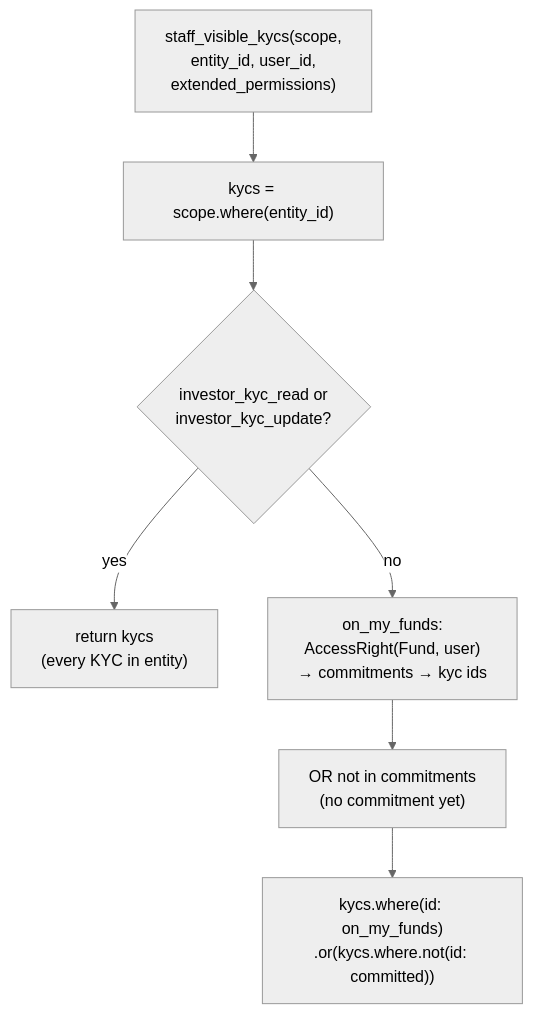
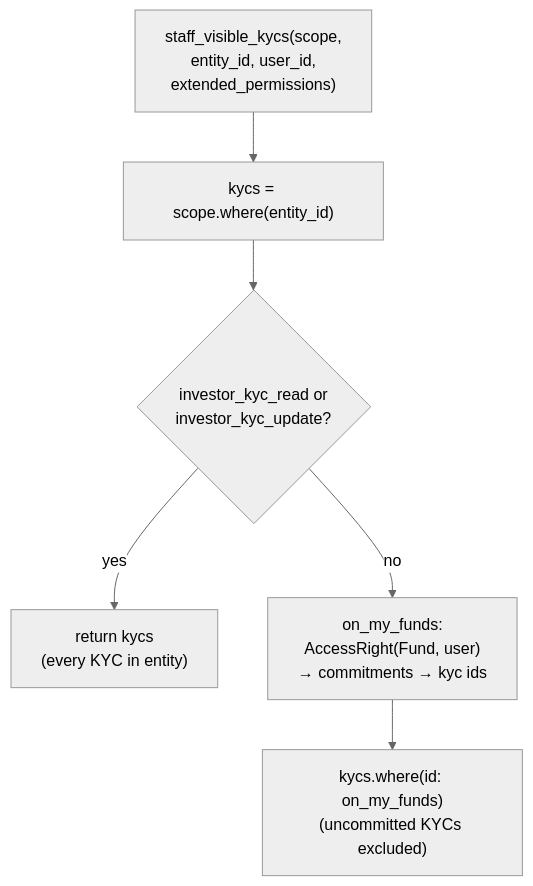
Before and after one commit to sampadadiwan/IRM_CompanyMain: the eighth of 11 diagrams in openspec/changes/kyc-advisor-notification-delivery-fix/design.md, drawn with Mermaid (neutral theme). The commit also changed other lines of this file and 7 other files, not shown here.

First line of the commit message:
KYC visibility: hide uncommitted KYCs from employees without KYC toggles (#1799)

````diff
--- a/openspec/changes/kyc-advisor-notification-delivery-fix/design.md
+++ b/openspec/changes/kyc-advisor-notification-delivery-fix/design.md
@@ -444,9 +447,8 @@
 ```mermaid
 flowchart TD
     I["staff_visible_kycs(scope,<br/>entity_id, user_id,<br/>extended_permissions)"] --> K["kycs = scope.where(entity_id)"]
     K --> P{"investor_kyc_read or<br/>investor_kyc_update?"}
     P -- yes --> ALL["return kycs<br/>(every KYC in entity)"]
     P -- no --> F["on_my_funds:<br/>AccessRight(Fund, user)<br/>→ commitments → kyc ids"]
-    F --> U["OR not in commitments<br/>(no commitment yet)"]
-    U --> OUT["kycs.where(id: on_my_funds)<br/>.or(kycs.where.not(id: committed))"]
+    F --> OUT["kycs.where(id: on_my_funds)<br/>(uncommitted KYCs excluded)"]
 ```
````
